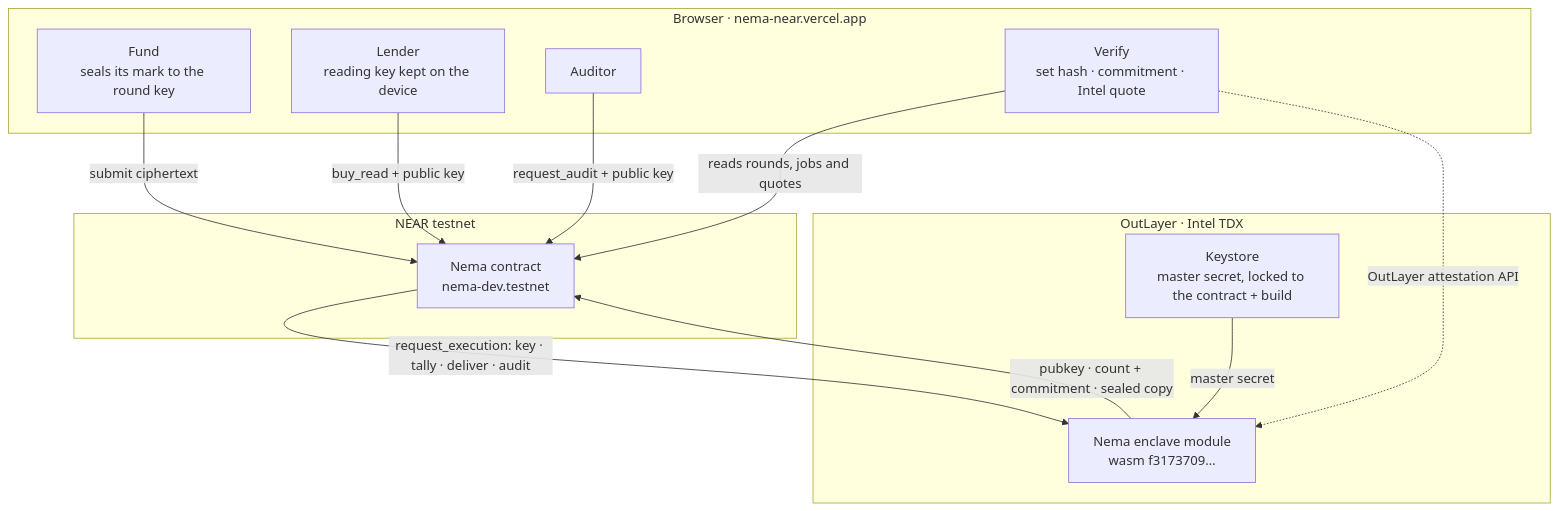
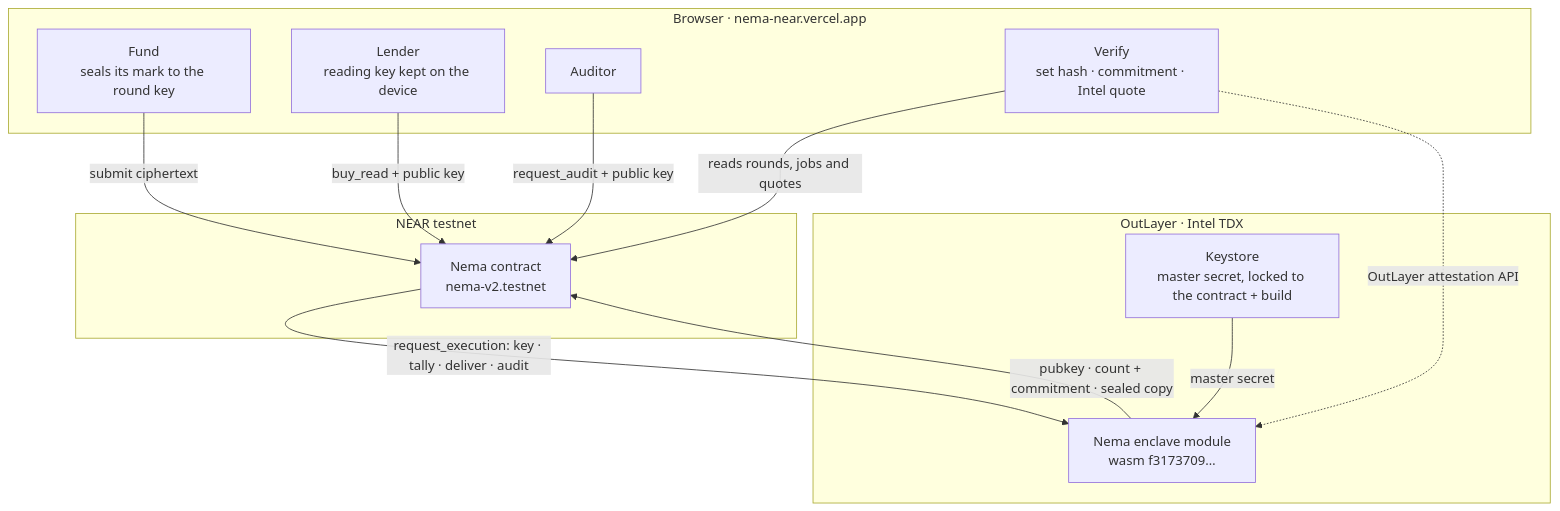
One commit to Dami904/nema changed the first of 3 diagrams in README.md. Above: the diagram before and after it, drawn with Mermaid. The commit also changed other lines of this file and 7 other files, not shown here.

````diff
--- a/README.md
+++ b/README.md
@@ -210,25 +254,25 @@
 ```mermaid
 flowchart TD
   subgraph Browser["Browser · nema-near.vercel.app"]
     F["Fund<br/>seals its mark to the round key"]
     L["Lender<br/>reading key kept on the device"]
     A["Auditor"]
     V["Verify<br/>set hash · commitment · Intel quote"]
   end
   subgraph NEAR["NEAR testnet"]
-    C["Nema contract<br/>nema-dev.testnet"]
+    C["Nema contract<br/>nema-v2.testnet"]
   end
   subgraph OutLayer["OutLayer · Intel TDX"]
     E["Nema enclave module<br/>wasm f3173709…"]
     K["Keystore<br/>master secret, locked to the contract + build"]
   end
 
   F -- "submit ciphertext" --> C
   L -- "buy_read + public key" --> C
   A -- "request_audit + public key" --> C
   C -- "request_execution: key · tally · deliver · audit" --> E
   K -- "master secret" --> E
   E -- "pubkey · count + commitment · sealed copy" --> C
   V -- "reads rounds, jobs and quotes" --> C
   V -. "OutLayer attestation API" .-> E
 ```
````
